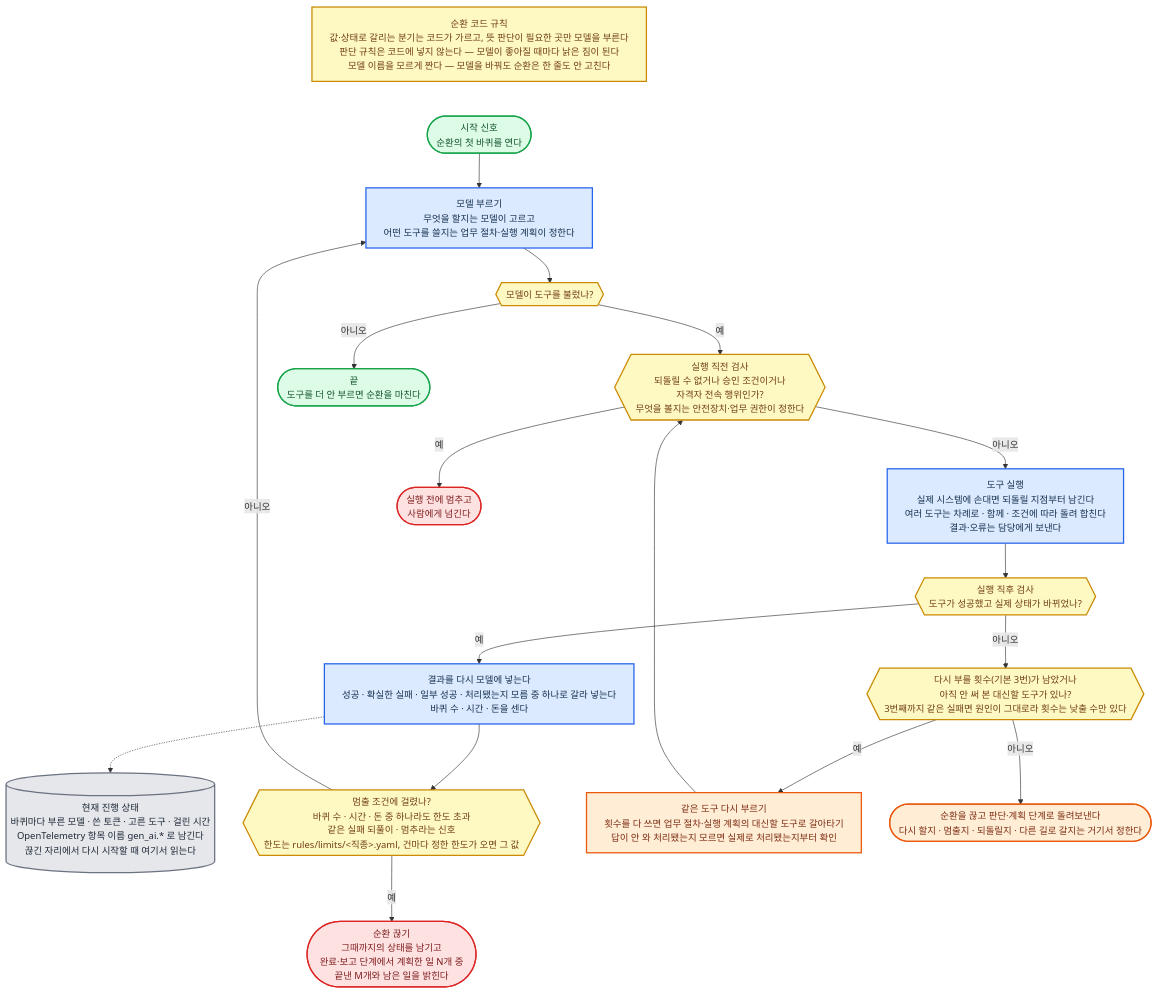
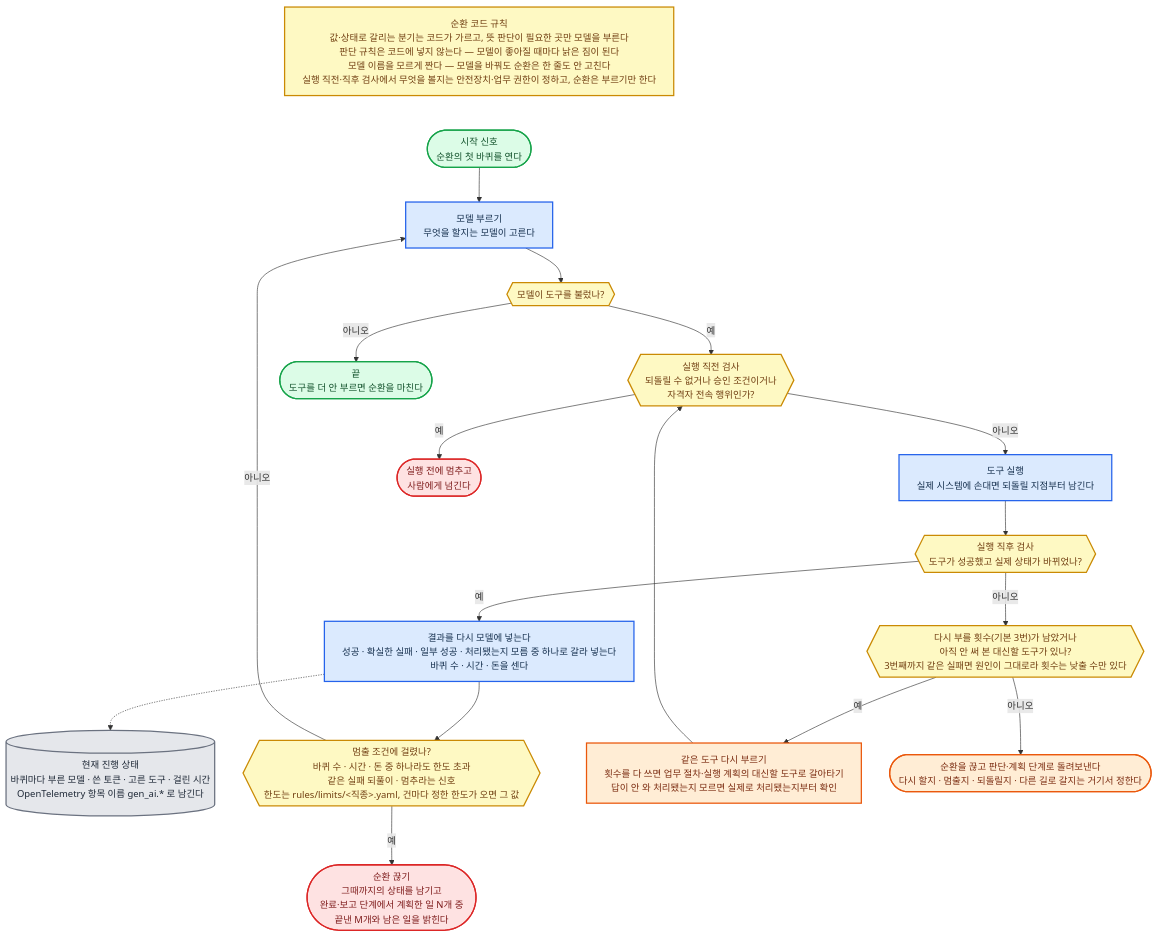
The seventh of 8 diagrams in 전문가 에이전트 정의 1.md (harisbaguette/expert), drawn with Mermaid before and after one commit.

Commit message:
실행 제어 순서도에서 다른 재료 몫을 되풀이한 글을 빼고, 검사 경계는 규칙 상자로 옮김 (정의 1)

````diff
--- a/전문가 에이전트 정의 1.md
+++ b/전문가 에이전트 정의 1.md
@@ -1082,39 +1082,39 @@
 ```mermaid
 %%{init: {"flowchart": {"wrappingWidth": 640, "curve": "basis", "nodeSpacing": 45, "rankSpacing": 55, "padding": 14, "useMaxWidth": true}, "themeVariables": {"fontSize": "15px"}} }%%
 flowchart TB
-    RULE["순환 코드 규칙<br/>값·상태로 갈리는 분기는 코드가 가르고, 뜻 판단이 필요한 곳만 모델을 부른다<br/>판단 규칙은 코드에 넣지 않는다 — 모델이 좋아질 때마다 낡은 짐이 된다<br/>모델 이름을 모르게 짠다 — 모델을 바꿔도 순환은 한 줄도 안 고친다"]:::note
+    RULE["순환 코드 규칙<br/>값·상태로 갈리는 분기는 코드가 가르고, 뜻 판단이 필요한 곳만 모델을 부른다<br/>판단 규칙은 코드에 넣지 않는다 — 모델이 좋아질 때마다 낡은 짐이 된다<br/>모델 이름을 모르게 짠다 — 모델을 바꿔도 순환은 한 줄도 안 고친다<br/>실행 직전·직후 검사에서 무엇을 볼지는 안전장치·업무 권한이 정하고, 순환은 부르기만 한다"]:::note
     START(["시작 신호<br/>순환의 첫 바퀴를 연다"]):::good
-    M["모델 부르기<br/>무엇을 할지는 모델이 고르고<br/>어떤 도구를 쓸지는 업무 절차·실행 계획이 정한다"]:::main
+    M["모델 부르기<br/>무엇을 할지는 모델이 고른다"]:::main
     QQ{{"모델이 도구를 불렀나?"}}:::note
-    PRE{{"실행 직전 검사<br/>되돌릴 수 없거나 승인 조건이거나<br/>자격자 전속 행위인가?<br/>무엇을 볼지는 안전장치·업무 권한이 정한다"}}:::note
-    T["도구 실행<br/>실제 시스템에 손대면 되돌릴 지점부터 남긴다<br/>여러 도구는 차례로 · 함께 · 조건에 따라 돌려 합친다<br/>결과·오류는 담당에게 보낸다"]:::main
+    PRE{{"실행 직전 검사<br/>되돌릴 수 없거나 승인 조건이거나<br/>자격자 전속 행위인가?"}}:::note
+    T["도구 실행<br/>실제 시스템에 손대면 되돌릴 지점부터 남긴다"]:::main
     POST{{"실행 직후 검사<br/>도구가 성공했고 실제 상태가 바뀌었나?"}}:::note
     BACK["결과를 다시 모델에 넣는다<br/>성공 · 확실한 실패 · 일부 성공 · 처리됐는지 모름 중 하나로 갈라 넣는다<br/>바퀴 수 · 시간 · 돈을 센다"]:::main
-    LOG[("현재 진행 상태<br/>바퀴마다 부른 모델 · 쓴 토큰 · 고른 도구 · 걸린 시간<br/>OpenTelemetry 항목 이름 gen_ai.* 로 남긴다<br/>끊긴 자리에서 다시 시작할 때 여기서 읽는다")]:::store
+    LOG[("현재 진행 상태<br/>바퀴마다 부른 모델 · 쓴 토큰 · 고른 도구 · 걸린 시간<br/>OpenTelemetry 항목 이름 gen_ai.* 로 남긴다")]:::store
     CNT{{"멈출 조건에 걸렸나?<br/>바퀴 수 · 시간 · 돈 중 하나라도 한도 초과<br/>같은 실패 되풀이 · 멈추라는 신호<br/>한도는 rules/limits/&lt;직종&gt;.yaml, 건마다 정한 한도가 오면 그 값"}}:::note
     STOPN(["순환 끊기<br/>그때까지의 상태를 남기고<br/>완료·보고 단계에서 계획한 일 N개 중<br/>끝낸 M개와 남은 일을 밝힌다"]):::stop
     RETRY_Q{{"다시 부를 횟수(기본 3번)가 남았거나<br/>아직 안 써 본 대신할 도구가 있나?<br/>3번째까지 같은 실패면 원인이 그대로라 횟수는 낮출 수만 있다"}}:::note
     RETRY["같은 도구 다시 부르기<br/>횟수를 다 쓰면 업무 절차·실행 계획의 대신할 도구로 갈아타기<br/>답이 안 와 처리됐는지 모르면 실제로 처리됐는지부터 확인"]:::back
     PLAN(["순환을 끊고 판단·계획 단계로 돌려보낸다<br/>다시 할지 · 멈출지 · 되돌릴지 · 다른 길로 갈지는 거기서 정한다"]):::back
     DONE(["끝<br/>도구를 더 안 부르면 순환을 마친다"]):::good
     HUM(["실행 전에 멈추고<br/>사람에게 넘긴다"]):::stop
     RULE ~~~ START
     START --> M --> QQ
     QQ -- "예" --> PRE
     QQ -- "아니오" --> DONE
     PRE -- "아니오" --> T --> POST
     PRE -- "예" --> HUM
     POST -- "예" --> BACK --> CNT
     BACK -.-> LOG
     POST -- "아니오" --> RETRY_Q
     RETRY_Q -- "예" --> RETRY --> PRE
     RETRY_Q -- "아니오" --> PLAN
     CNT -- "예" --> STOPN
     CNT -- "아니오" --> M
     classDef main fill:#dbeafe,stroke:#2563eb,stroke-width:2px,color:#17314f
     classDef stop fill:#fee2e2,stroke:#dc2626,stroke-width:2px,color:#7f1d1d
     classDef back fill:#ffedd5,stroke:#ea580c,stroke-width:2px,color:#7c2d12
     classDef store fill:#e5e7eb,stroke:#6b7280,stroke-width:2px,color:#1f2937
     classDef good fill:#dcfce7,stroke:#16a34a,stroke-width:2px,color:#14532d
     classDef note fill:#fef9c3,stroke:#ca8a04,stroke-width:2px,color:#713f12
 ```
````
